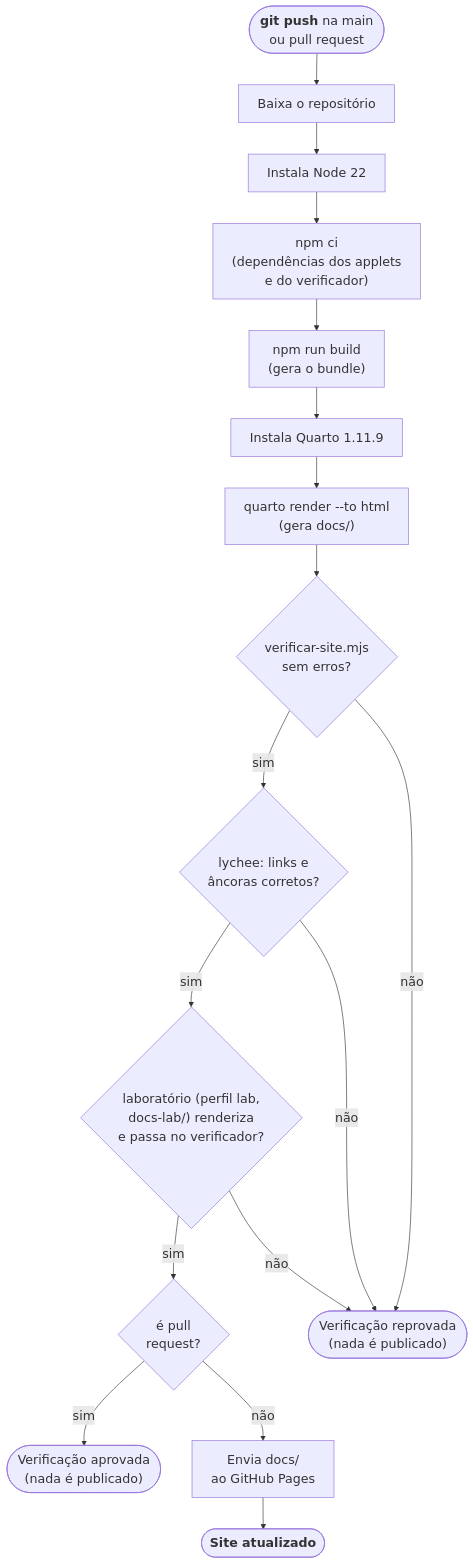
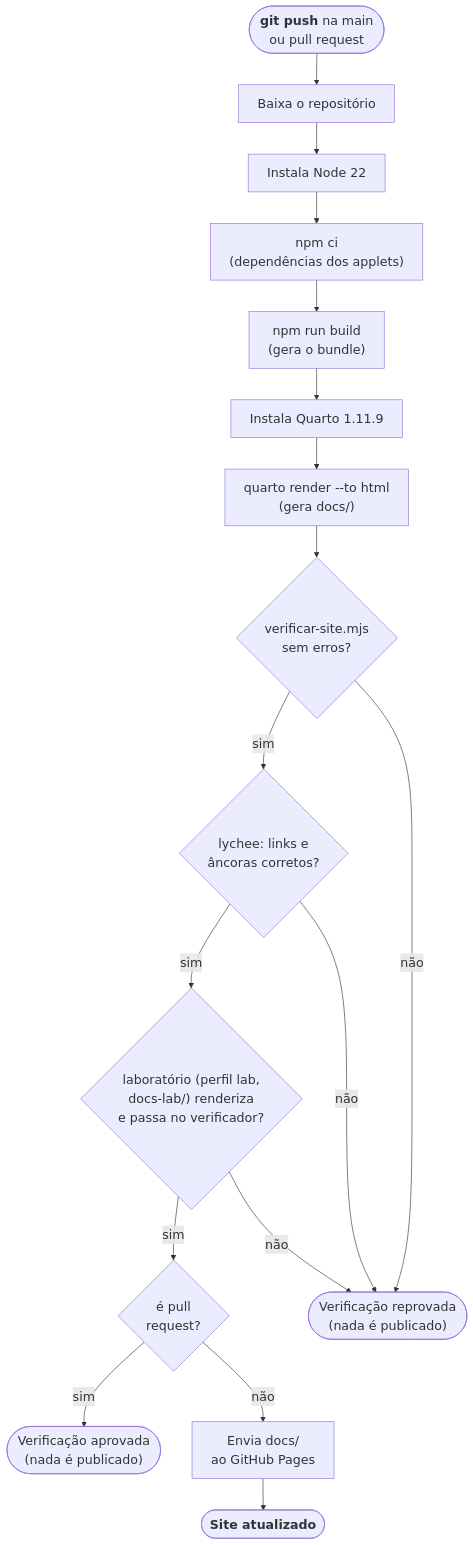
The eighth of 9 diagrams in _interno/diretrizes/arquitetura.md (lcmerlo/livro-online-fcg), drawn with Mermaid before and after one commit. The commit also changed other lines of this file and 7 other files, not shown here.

````diff
--- a/_interno/diretrizes/arquitetura.md
+++ b/_interno/diretrizes/arquitetura.md
@@ -422,29 +429,29 @@
 ```mermaid
 %%{init: {"themeVariables": {"fontSize": "20px"}, "flowchart": {"wrappingWidth": 420}}}%%
 flowchart TD
     push(["<b>git push</b> na main<br/>ou pull request"])
     co["Baixa o repositório"]
     node["Instala Node 22"]
-    ci["npm ci<br/>(dependências dos applets<br/>e do verificador)"]
+    ci["npm ci<br/>(dependências dos applets)"]
     build["npm run build<br/>(gera o bundle)"]
     qi["Instala Quarto 1.11.9"]
     render["quarto render --to html<br/>(gera docs/)"]
     t1{"verificar-site.mjs<br/>sem erros?"}
     t2{"lychee: links e<br/>âncoras corretos?"}
     t3{"laboratório (perfil lab,<br/>docs-lab/) renderiza<br/>e passa no verificador?"}
     pr{"é pull<br/>request?"}
     ok(["Verificação aprovada<br/>(nada é publicado)"])
     up["Envia docs/<br/>ao GitHub Pages"]
     dep(["<b>Site atualizado</b>"])
     fail(["Verificação reprovada<br/>(nada é publicado)"])
 
     push --> co --> node --> ci --> build --> qi --> render --> t1
     t1 -->|"sim"| t2
     t2 -->|"sim"| t3
     t3 -->|"sim"| pr
     pr -->|"sim"| ok
     pr -->|"não"| up --> dep
     t1 -->|"não"| fail
     t2 -->|"não"| fail
     t3 -->|"não"| fail
 ```
````
